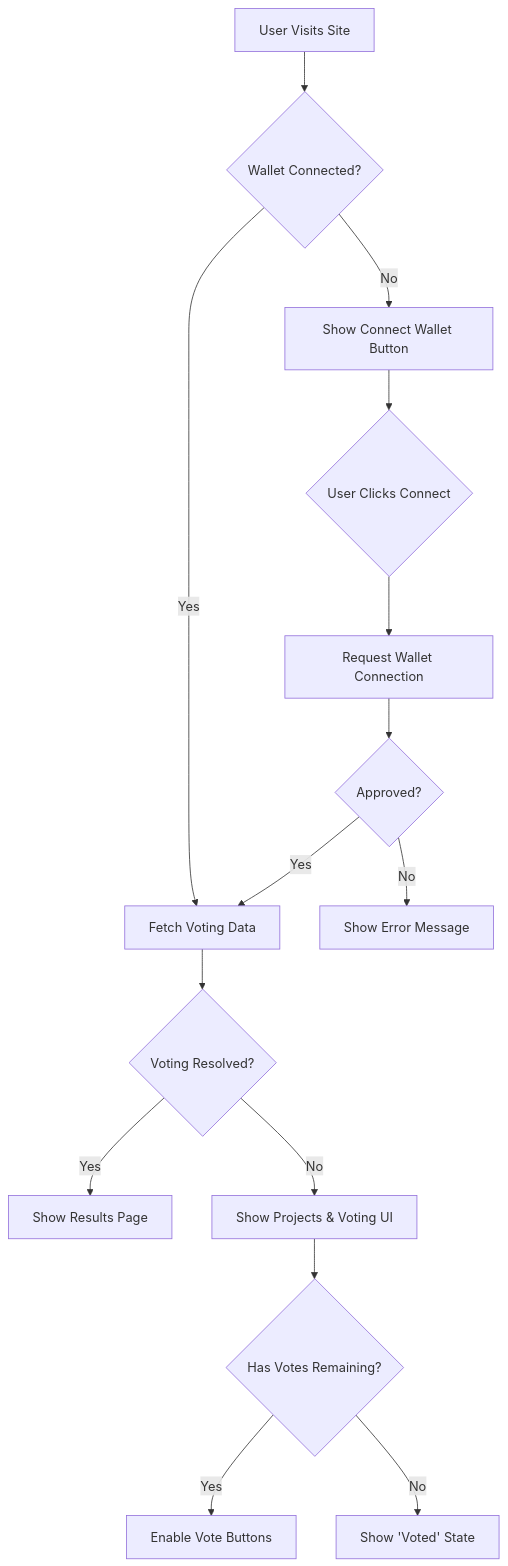
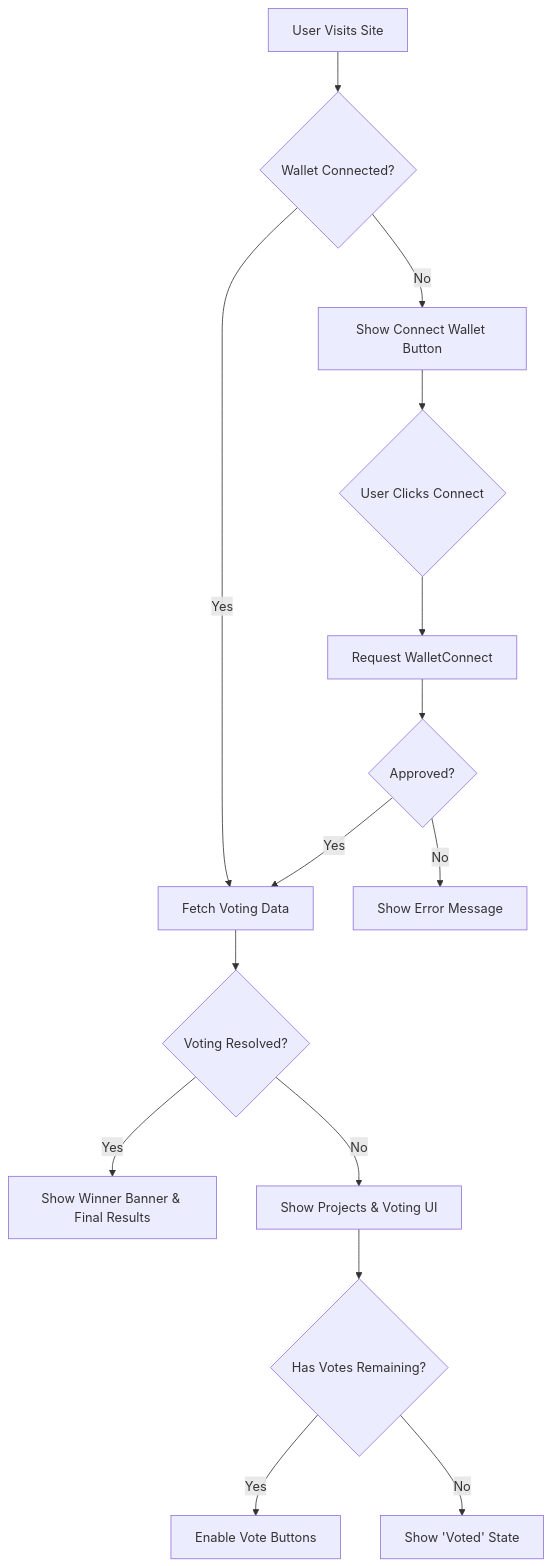
One commit to communetxyz/HackatsuonVoting changed the diagram in FRONTEND_SPEC.md. Above: the diagram before and after it, drawn with Mermaid. The commit also changed other lines of this file and 4 other files, not shown here.

````diff
--- a/FRONTEND_SPEC.md
+++ b/FRONTEND_SPEC.md
@@ -273,17 +213,17 @@
 ```mermaid
 flowchart TD
     A[User Visits Site] --> B{Wallet Connected?}
     B -->|No| C[Show Connect Wallet Button]
     C --> D{User Clicks Connect}
-    D --> E[Request Wallet Connection]
+    D --> E[Request WalletConnect]
     E --> F{Approved?}
     F -->|Yes| G[Fetch Voting Data]
     F -->|No| H[Show Error Message]
     B -->|Yes| G
     G --> I{Voting Resolved?}
-    I -->|Yes| J[Show Results Page]
+    I -->|Yes| J[Show Winner Banner & Final Results]
     I -->|No| K[Show Projects & Voting UI]
     K --> L{Has Votes Remaining?}
     L -->|Yes| M[Enable Vote Buttons]
     L -->|No| N[Show 'Voted' State]
 ```
````
